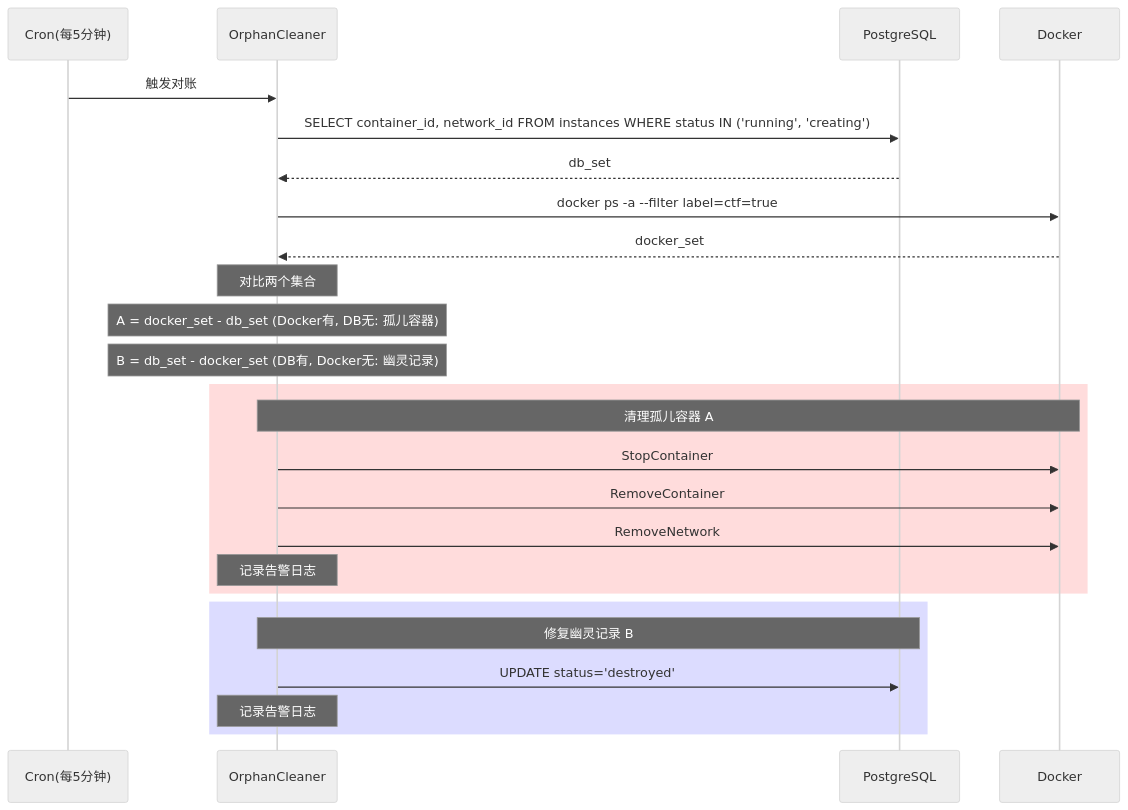
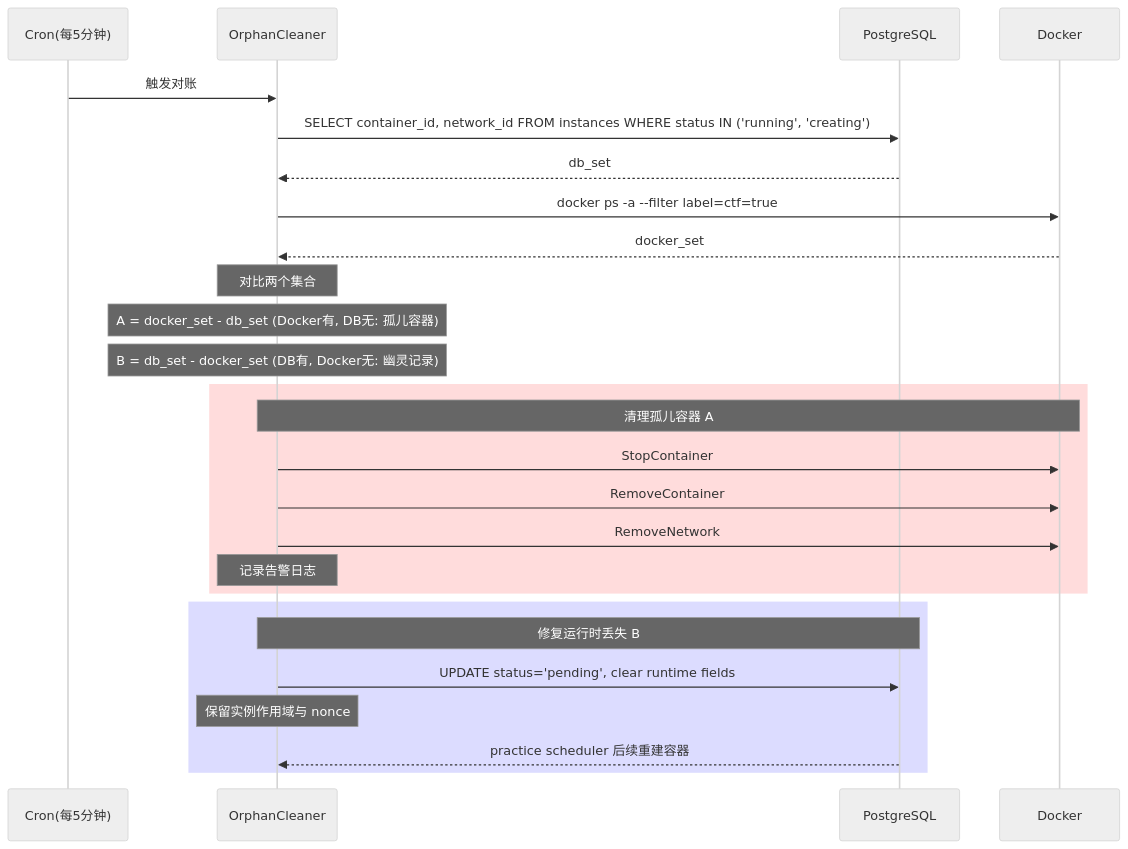
The ninth of 18 diagrams in docs/architecture/backend/05-key-flows.md (architectcgz/ctf), drawn with Mermaid (neutral theme) before and after one commit. The commit also changed other lines of this file and 11 other files, not shown here.

````diff
--- a/docs/architecture/backend/05-key-flows.md
+++ b/docs/architecture/backend/05-key-flows.md
@@ -538,33 +538,34 @@
 ```mermaid
 sequenceDiagram
     participant Cron as Cron(每5分钟)
     participant OC as OrphanCleaner
     participant PG as PostgreSQL
     participant Docker
 
     Cron->>OC: 触发对账
 
     OC->>PG: SELECT container_id, network_id FROM instances WHERE status IN ('running', 'creating')
     PG-->>OC: db_set
 
     OC->>Docker: docker ps -a --filter label=ctf=true
     Docker-->>OC: docker_set
 
     Note over OC: 对比两个集合
     Note over OC: A = docker_set - db_set (Docker有, DB无: 孤儿容器)
     Note over OC: B = db_set - docker_set (DB有, Docker无: 幽灵记录)
 
     rect rgb(255, 220, 220)
         Note over OC, Docker: 清理孤儿容器 A
         OC->>Docker: StopContainer
         OC->>Docker: RemoveContainer
         OC->>Docker: RemoveNetwork
         Note over OC: 记录告警日志
     end
 
     rect rgb(220, 220, 255)
-        Note over OC, PG: 修复幽灵记录 B
-        OC->>PG: UPDATE status='destroyed'
-        Note over OC: 记录告警日志
+        Note over OC, PG: 修复运行时丢失 B
+        OC->>PG: UPDATE status='pending', clear runtime fields
+        Note over OC: 保留实例作用域与 nonce
+        PG-->>OC: practice scheduler 后续重建容器
     end
 ```
````
